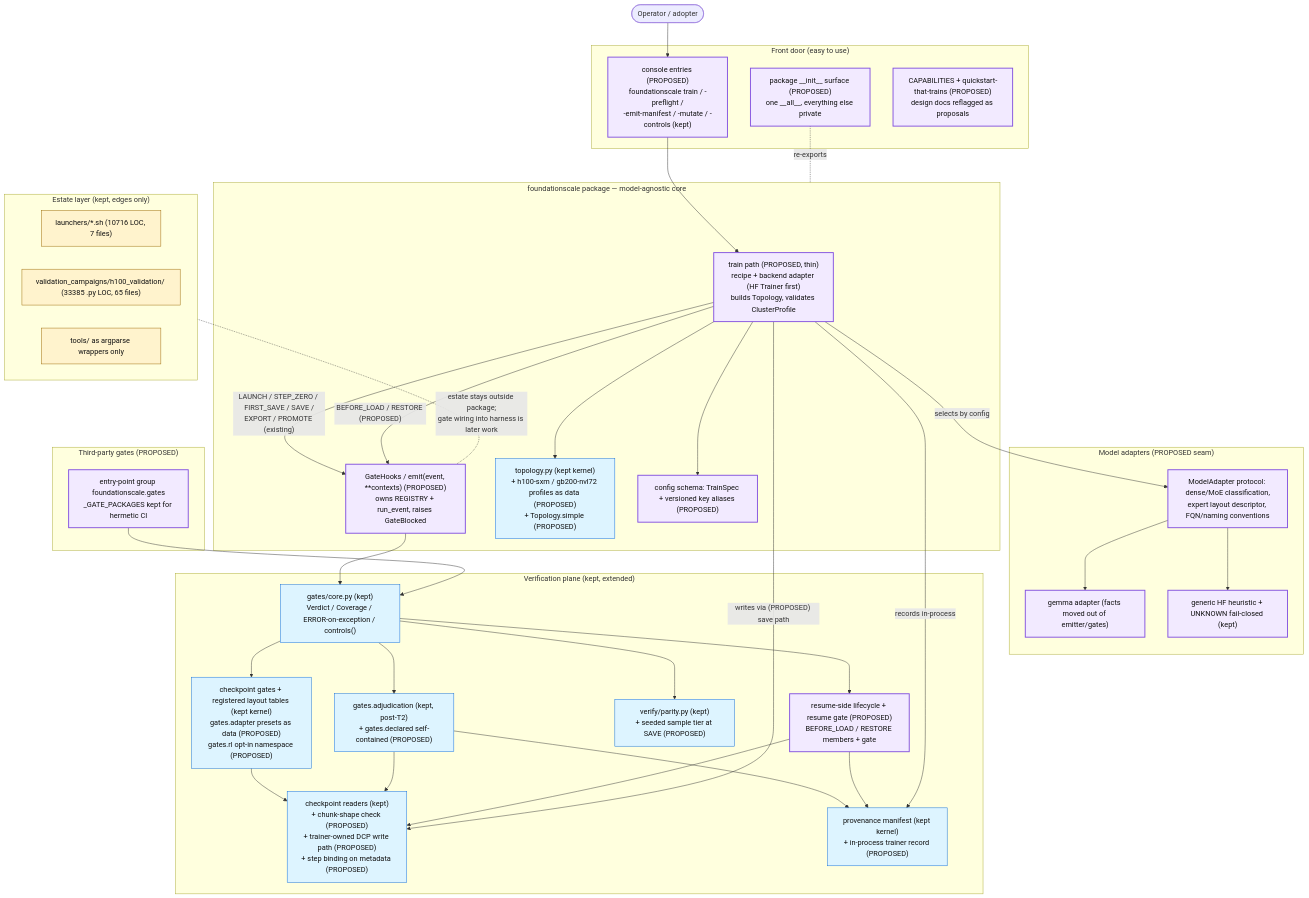
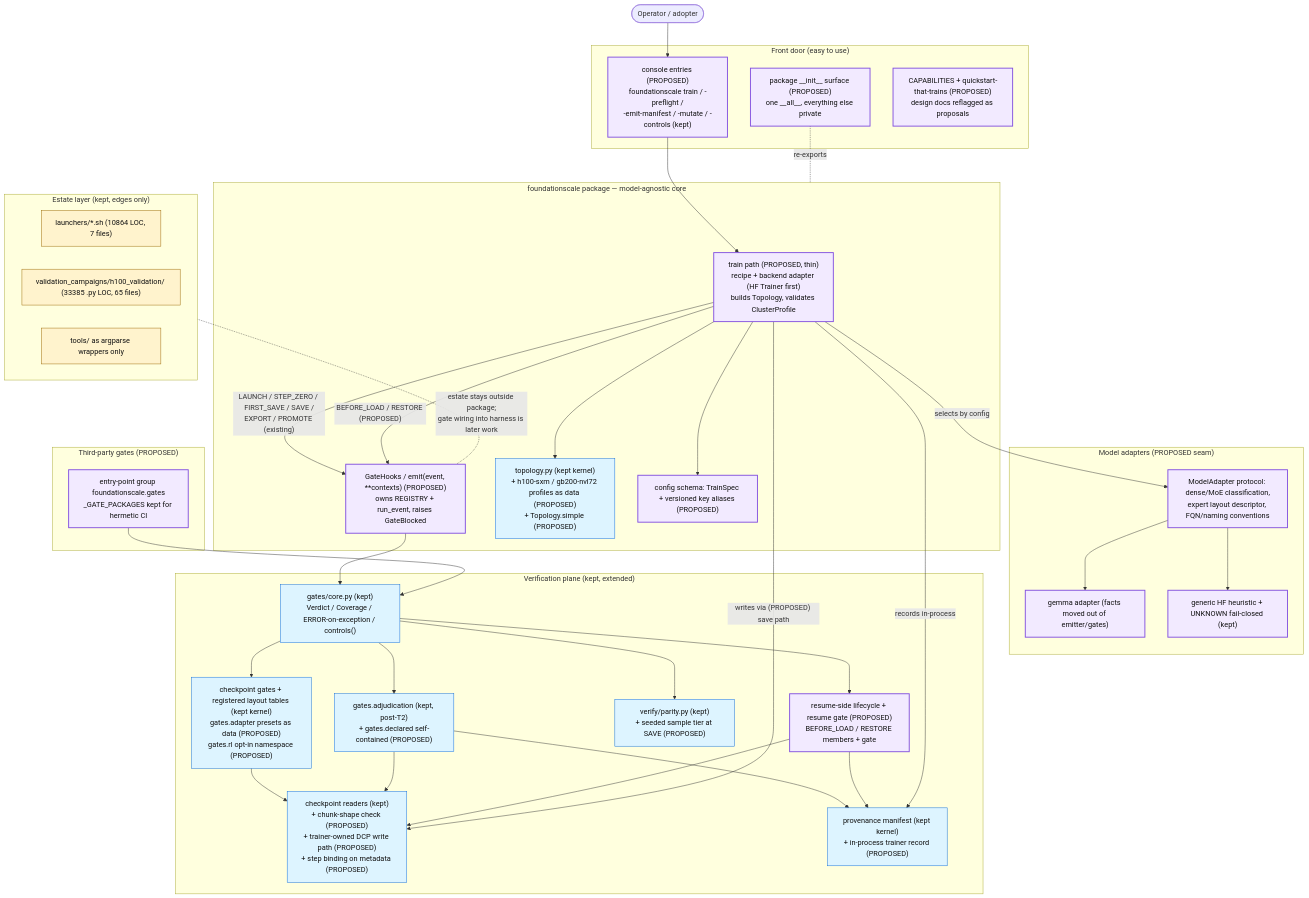
The diagram in docs/review/D5_proposed_architecture.md (TranNhiem/FoundationScale), drawn with Mermaid before and after one commit. The commit also changed other lines of this file and 13 other files, not shown here.

````diff
--- a/docs/review/D5_proposed_architecture.md
+++ b/docs/review/D5_proposed_architecture.md
@@ -13,74 +13,74 @@
 ```mermaid
 flowchart TB
   U(["Operator / adopter"])
 
   subgraph FRONT["Front door (easy to use)"]
     CLI["console entries (PROPOSED)<br/>foundationscale train / -preflight /<br/>-emit-manifest / -mutate / -controls (kept)"]
     SURF["package __init__ surface (PROPOSED)<br/>one __all__, everything else private"]
     DOCS["CAPABILITIES + quickstart-that-trains (PROPOSED)<br/>design docs reflagged as proposals"]
   end
 
   subgraph CORE["foundationscale package — model-agnostic core"]
     TRAIN["train path (PROPOSED, thin)<br/>recipe + backend adapter (HF Trainer first)<br/>builds Topology, validates ClusterProfile"]
     HOOKS["GateHooks / emit(event, **contexts) (PROPOSED)<br/>owns REGISTRY + run_event, raises GateBlocked"]
     TOPO["topology.py (kept kernel)<br/>+ h100-sxm / gb200-nvl72 profiles as data (PROPOSED)<br/>+ Topology.simple (PROPOSED)"]
     CONFIG["config schema: TrainSpec + versioned key aliases (PROPOSED)"]
   end
 
   subgraph ADAPT["Model adapters (PROPOSED seam)"]
     MA["ModelAdapter protocol: dense/MoE classification,<br/>expert layout descriptor, FQN/naming conventions"]
     GEM["gemma adapter (facts moved out of emitter/gates)"]
     HF["generic HF heuristic + UNKNOWN fail-closed (kept)"]
   end
 
   subgraph VERIFY["Verification plane (kept, extended)"]
     GCORE["gates/core.py (kept)<br/>Verdict / Coverage / ERROR-on-exception / controls()"]
     GCK["checkpoint gates + registered layout tables (kept kernel)<br/>gates.adapter presets as data (PROPOSED)<br/>gates.rl opt-in namespace (PROPOSED)"]
     ADJ["gates.adjudication (kept, post-T2)<br/>+ gates.declared self-contained (PROPOSED)"]
     PAR["verify/parity.py (kept)<br/>+ seeded sample tier at SAVE (PROPOSED)"]
     CKIO["checkpoint readers (kept)<br/>+ chunk-shape check (PROPOSED)<br/>+ trainer-owned DCP write path (PROPOSED)<br/>+ step binding on metadata (PROPOSED)"]
     PROV["provenance manifest (kept kernel)<br/>+ in-process trainer record (PROPOSED)"]
     RES["resume-side lifecycle + resume gate (PROPOSED)<br/>BEFORE_LOAD / RESTORE members + gate"]
   end
 
   subgraph PLUG["Third-party gates (PROPOSED)"]
     EP["entry-point group foundationscale.gates<br/>_GATE_PACKAGES kept for hermetic CI"]
   end
 
   subgraph ESTATE["Estate layer (kept, edges only)"]
-    LAU["launchers/*.sh (10716 LOC, 7 files)"]
+    LAU["launchers/*.sh (10864 LOC, 7 files)"]
     H100["validation_campaigns/h100_validation/ (33385 .py LOC, 65 files)"]
     WRAP["tools/ as argparse wrappers only"]
   end
 
   U --> CLI --> TRAIN
   SURF -. re-exports .- CORE
   TRAIN --> TOPO
   TRAIN --> CONFIG
   TRAIN -- "selects by config" --> MA
   MA --> GEM
   MA --> HF
   TRAIN -- "LAUNCH / STEP_ZERO / FIRST_SAVE / SAVE /<br/>EXPORT / PROMOTE (existing)" --> HOOKS
   TRAIN -- "BEFORE_LOAD / RESTORE (PROPOSED)" --> HOOKS
   HOOKS --> GCORE
   EP --> GCORE
   GCORE --> GCK
   GCORE --> ADJ
   GCORE --> PAR
   GCORE --> RES
   GCK --> CKIO
   ADJ --> CKIO
   ADJ --> PROV
   RES --> CKIO
   RES --> PROV
   TRAIN -- "writes via (PROPOSED) save path" --> CKIO
   TRAIN -- "records in-process" --> PROV
   ESTATE -. "estate stays outside package;<br/>gate wiring into harness is later work" .- HOOKS
 
   classDef new fill:#f2eaff,stroke:#8250df,stroke-width:2px,color:#111;
   classDef kept fill:#ddf4ff,stroke:#0969da,color:#111;
   classDef estate fill:#fff3cd,stroke:#9a6700,color:#111;
   class TRAIN,HOOKS,CLI,SURF,DOCS,MA,GEM,HF,RES,EP,CONFIG new;
   class GCORE,GCK,ADJ,PAR,CKIO,PROV,TOPO kept;
   class LAU,H100,WRAP estate;
 ```
````
